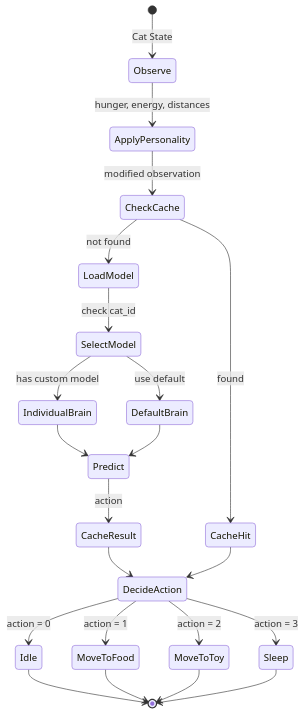
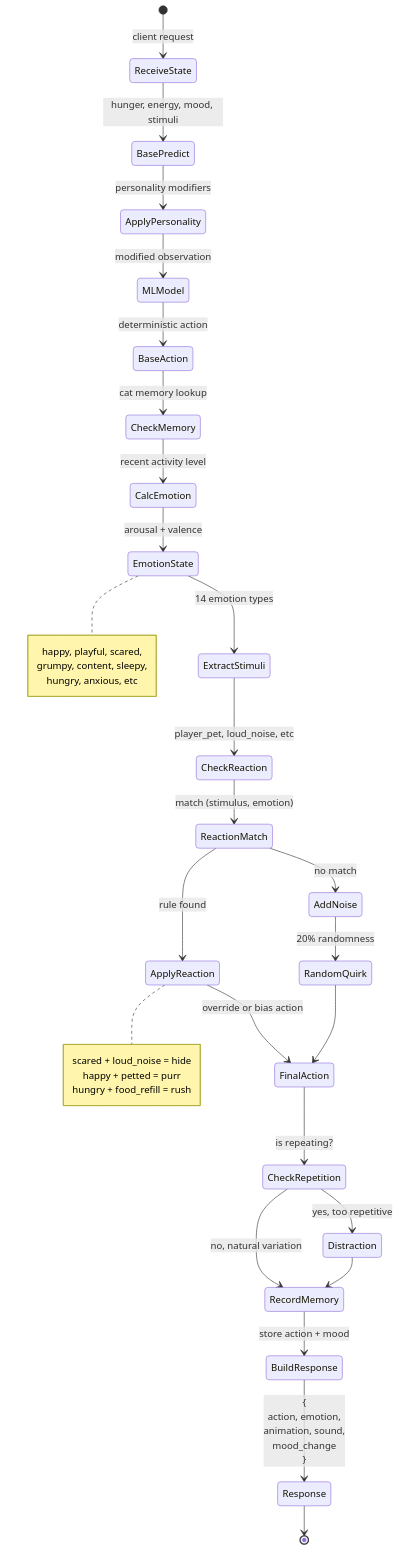
One commit to tantaneity/cat-brain-service changed the sixth of 7 diagrams in README.md. Above: the diagram before and after it, drawn with Mermaid. The commit also changed other lines of this file and 29 other files, not shown here.

````diff
--- a/README.md
+++ b/README.md
@@ -216,30 +256,52 @@
 ```mermaid
 stateDiagram-v2
-    [*] --> Observe: Cat State
-    Observe --> ApplyPersonality: hunger, energy, distances
-    ApplyPersonality --> CheckCache: modified observation
+    [*] --> ReceiveState: client request
+    ReceiveState --> BasePredict: hunger, energy, mood, stimuli
+    BasePredict --> ApplyPersonality: personality modifiers
+    ApplyPersonality --> MLModel: modified observation
     
-    CheckCache --> CacheHit: found
-    CheckCache --> LoadModel: not found
+    MLModel --> BaseAction: deterministic action
     
-    LoadModel --> SelectModel: check cat_id
-    SelectModel --> IndividualBrain: has custom model
-    SelectModel --> DefaultBrain: use default
+    BaseAction --> CheckMemory: cat memory lookup
+    CheckMemory --> CalcEmotion: recent activity level
     
-    IndividualBrain --> Predict
-    DefaultBrain --> Predict
+    CalcEmotion --> EmotionState: arousal + valence
+    EmotionState --> ExtractStimuli: 14 emotion types
     
-    Predict --> CacheResult: action
-    CacheResult --> DecideAction
-    CacheHit --> DecideAction
+    ExtractStimuli --> CheckReaction: player_pet, loud_noise, etc
     
-    DecideAction --> Idle: action = 0
-    DecideAction --> MoveToFood: action = 1
-    DecideAction --> MoveToToy: action = 2
-    DecideAction --> Sleep: action = 3
+    CheckReaction --> ReactionMatch: match (stimulus, emotion)
     
-    Idle --> [*]
-    MoveToFood --> [*]
-    MoveToToy --> [*]
-    Sleep --> [*]
+    state ReactionMatch <<choice>>
+    ReactionMatch --> ApplyReaction: rule found
+    ReactionMatch --> AddNoise: no match
+    
+    ApplyReaction --> FinalAction: override or bias action
+    AddNoise --> RandomQuirk: 20% randomness
+    RandomQuirk --> FinalAction
+    
+    FinalAction --> CheckRepetition: is repeating?
+    
+    state CheckRepetition <<choice>>
+    CheckRepetition --> Distraction: yes, too repetitive
+    CheckRepetition --> RecordMemory: no, natural variation
+    Distraction --> RecordMemory
+    
+    RecordMemory --> BuildResponse: store action + mood
+    
+    BuildResponse --> Response: {<br/>action, emotion,<br/>animation, sound,<br/>mood_change<br/>}
+    
+    Response --> [*]
+    
+    note right of EmotionState
+        happy, playful, scared,
+        grumpy, content, sleepy,
+        hungry, anxious, etc
+    end note
+    
+    note right of ApplyReaction
+        scared + loud_noise = hide
+        happy + petted = purr
+        hungry + food_refill = rush
+    end note
 ```
````
